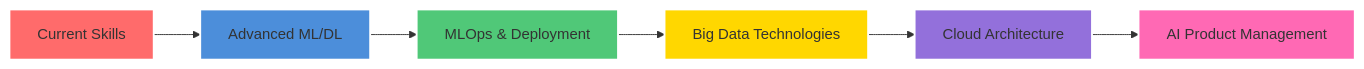
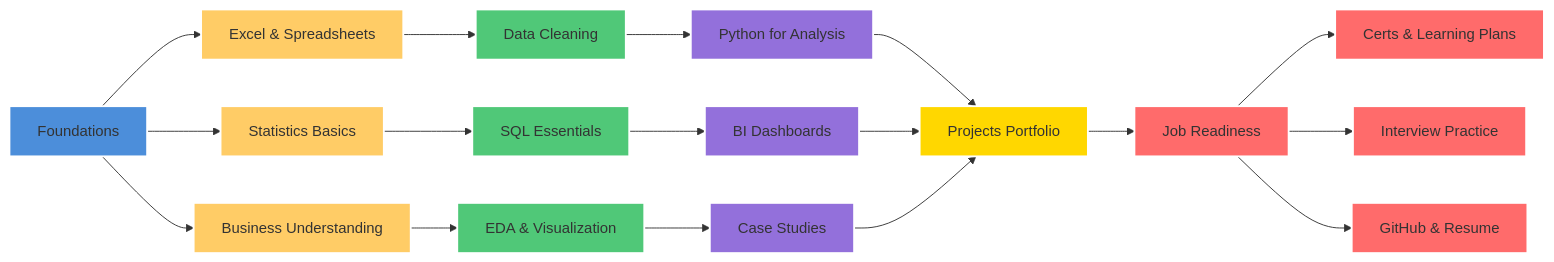
The diagram in README.md (uchasha2825/My_Introduction), drawn with Mermaid before and after one commit. The commit also changed other lines of this file, not shown here.

````diff
--- a/README.md
+++ b/README.md
@@ -218,15 +218,44 @@
 ```mermaid
 graph LR
-    A[Current Skills] --> B[Advanced ML/DL]
-    B --> C[MLOps & Deployment]
-    C --> D[Big Data Technologies]
-    D --> E[Cloud Architecture]
-    E --> F[AI Product Management]
-    
-    style A fill:#FF6B6B,stroke:#fff,stroke-width:2px
-    style B fill:#4C8EDA,stroke:#fff,stroke-width:2px
-    style C fill:#50C878,stroke:#fff,stroke-width:2px
-    style D fill:#FFD700,stroke:#fff,stroke-width:2px
-    style E fill:#9370DB,stroke:#fff,stroke-width:2px
-    style F fill:#FF69B4,stroke:#fff,stroke-width:2px
+  A[Foundations] --> B[Excel & Spreadsheets]
+  A --> C[Statistics Basics]
+  A --> D[Business Understanding]
+
+  B --> E[Data Cleaning]
+  C --> F[SQL Essentials]
+  D --> G[EDA & Visualization]
+
+  E --> H[Python for Analysis]
+  F --> I[BI Dashboards]
+  G --> J[Case Studies]
+
+  H --> K[Projects Portfolio]
+  I --> K
+  J --> K
+
+  K --> L[Job Readiness]
+  L --> M[Certs & Learning Plans]
+  L --> N[Interview Practice]
+  L --> O[GitHub & Resume]
+
+  style A fill:#4C8EDA,stroke:#fff,stroke-width:2px
+  style B fill:#FFCC66,stroke:#fff,stroke-width:2px
+  style C fill:#FFCC66,stroke:#fff,stroke-width:2px
+  style D fill:#FFCC66,stroke:#fff,stroke-width:2px
+
+  style E fill:#50C878,stroke:#fff,stroke-width:2px
+  style F fill:#50C878,stroke:#fff,stroke-width:2px
+  style G fill:#50C878,stroke:#fff,stroke-width:2px
+
+  style H fill:#9370DB,stroke:#fff,stroke-width:2px
+  style I fill:#9370DB,stroke:#fff,stroke-width:2px
+  style J fill:#9370DB,stroke:#fff,stroke-width:2px
+
+  style K fill:#FFD700,stroke:#fff,stroke-width:2px
+
+  style L fill:#FF6B6B,stroke:#fff,stroke-width:2px
+  style M fill:#FF6B6B,stroke:#fff,stroke-width:2px
+  style N fill:#FF6B6B,stroke:#fff,stroke-width:2px
+  style O fill:#FF6B6B,stroke:#fff,stroke-width:2px
+
 ```
````
